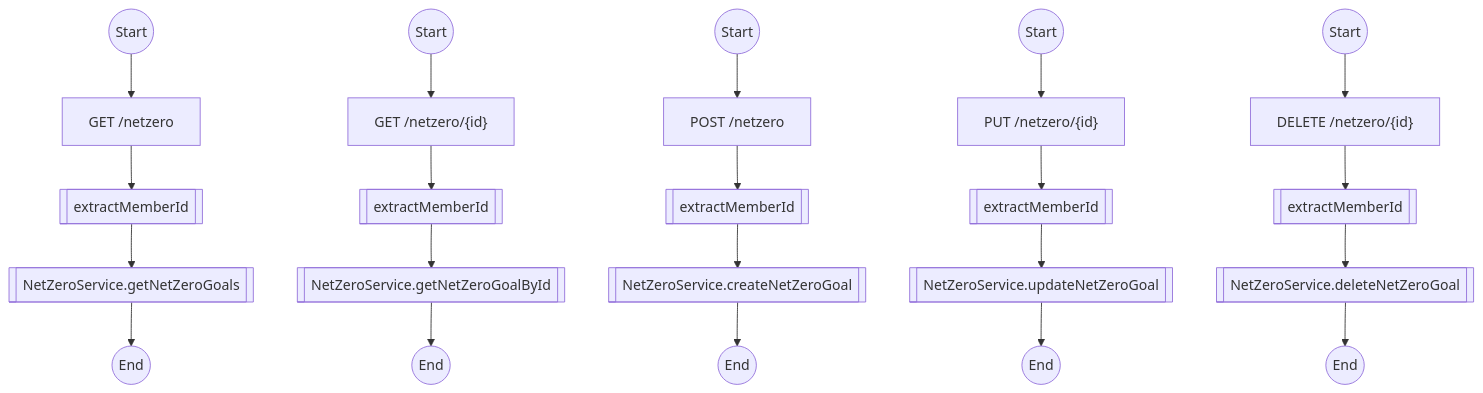
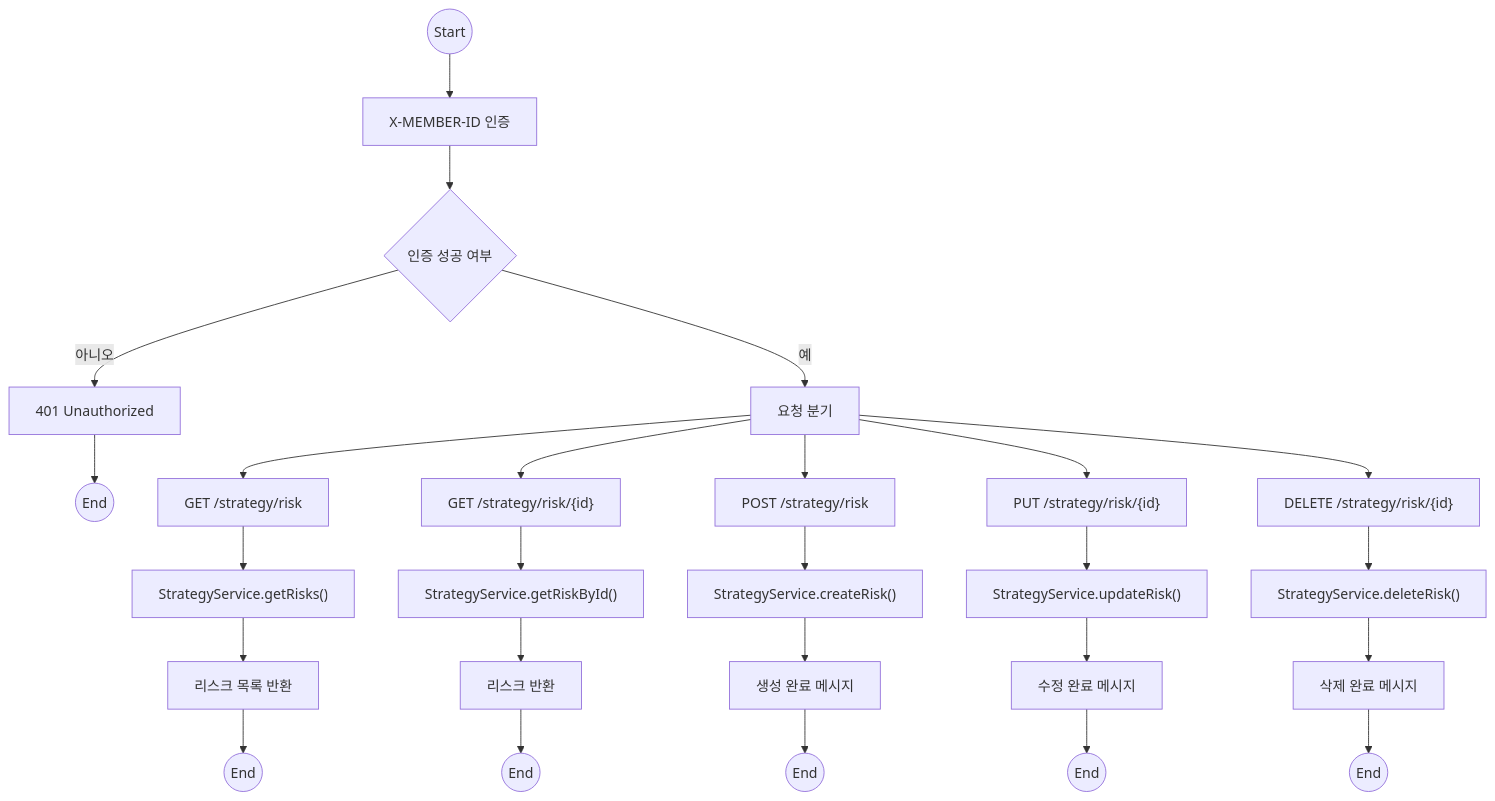
Before and after one commit to NextSpringMysqlMSA/tcfd-service: the eighth of 8 diagrams in README.md, drawn with Mermaid. The commit also changed other lines of this file, not shown here.

Commit message:
refactor: flowchart 수정

````diff
--- a/README.md
+++ b/README.md
@@ -213,33 +275,40 @@
 ```mermaid
 flowchart TD
 
+%% 공통 시작 및 인증
+    Start((Start))
+    Start --> Auth["X-MEMBER-ID 인증"]
+    Auth --> AuthCheck{"인증 성공 여부"}
+    AuthCheck -- "아니오" --> Error401["401 Unauthorized"] --> EndError((End))
+    AuthCheck -- "예" --> Route["요청 분기"]
+
 %% 전체 조회
-    start1((Start)) --> getAllNetZero["GET /netzero"]
-    getAllNetZero --> extractMemberId1[[extractMemberId]]
-    extractMemberId1 --> callGetAll[[NetZeroService.getNetZeroGoals]]
-    callGetAll --> end1((End))
+    Route --> RiskGetAll["GET /strategy/risk"]
+    RiskGetAll --> ServiceGetAll["StrategyService.getRisks()"]
+    ServiceGetAll --> RespGetAll["리스크 목록 반환"]
+    RespGetAll --> End1((End))
 
 %% 단건 조회
-    start2((Start)) --> getNetZeroById["GET /netzero/{id}"]
-    getNetZeroById --> extractMemberId2[[extractMemberId]]
-    extractMemberId2 --> callGetOne[[NetZeroService.getNetZeroGoalById]]
-    callGetOne --> end2((End))
+    Route --> RiskGetOne["GET /strategy/risk/{id}"]
+    RiskGetOne --> ServiceGetOne["StrategyService.getRiskById()"]
+    ServiceGetOne --> RespGetOne["리스크 반환"]
+    RespGetOne --> End2((End))
 
 %% 생성
-    start3((Start)) --> postNetZero["POST /netzero"]
-    postNetZero --> extractMemberId3[[extractMemberId]]
-    extractMemberId3 --> callCreate[[NetZeroService.createNetZeroGoal]]
-    callCreate --> end3((End))
+    Route --> RiskPost["POST /strategy/risk"]
+    RiskPost --> ServicePost["StrategyService.createRisk()"]
+    ServicePost --> RespPost["생성 완료 메시지"]
+    RespPost --> End3((End))
 
 %% 수정
-    start4((Start)) --> putNetZero["PUT /netzero/{id}"]
-    putNetZero --> extractMemberId4[[extractMemberId]]
-    extractMemberId4 --> callUpdate[[NetZeroService.updateNetZeroGoal]]
-    callUpdate --> end4((End))
+    Route --> RiskPut["PUT /strategy/risk/{id}"]
+    RiskPut --> ServicePut["StrategyService.updateRisk()"]
+    ServicePut --> RespPut["수정 완료 메시지"]
+    RespPut --> End4((End))
 
 %% 삭제
-    start5((Start)) --> deleteNetZero["DELETE /netzero/{id}"]
-    deleteNetZero --> extractMemberId5[[extractMemberId]]
-    extractMemberId5 --> callDelete[[NetZeroService.deleteNetZeroGoal]]
-    callDelete --> end5((End))
+    Route --> RiskDelete["DELETE /strategy/risk/{id}"]
+    RiskDelete --> ServiceDelete["StrategyService.deleteRisk()"]
+    ServiceDelete --> RespDelete["삭제 완료 메시지"]
+    RespDelete --> End5((End))
 ```
````
